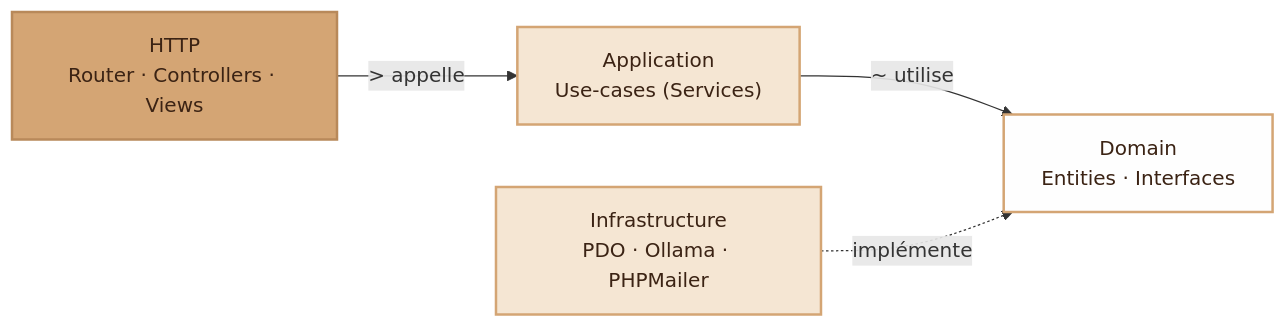
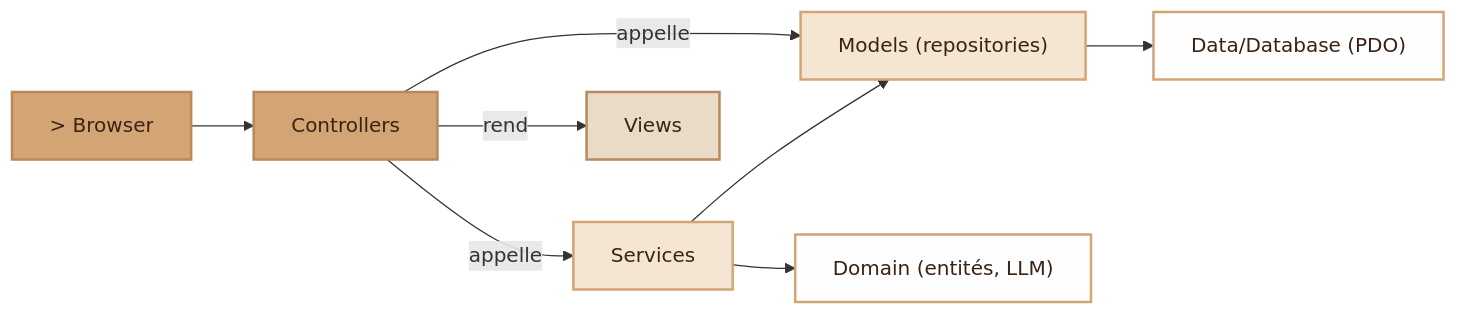
Before and after one commit to LoanALLARD/I-AMU_Web_APP: the first of 3 diagrams in docs/design/app_architecture.md, drawn with Mermaid. The commit also changed other lines of this file and 2 other files, not shown here.

First line of the commit message:
Update project documentation to clarify architecture and coding conventions

````diff
--- a/docs/design/app_architecture.md
+++ b/docs/design/app_architecture.md
@@ -38,15 +50,16 @@
 ```mermaid
 graph LR
-    HTTP["HTTP<br/>Router · Controllers · Views"]:::chamois
-    APP["Application<br/>Use-cases (Services)"]:::beige
-    DOM["Domain<br/>Entities · Interfaces"]:::blanc
-    INFRA["Infrastructure<br/>PDO · Ollama · PHPMailer"]:::beige
-
-    HTTP -->|"> appelle"| APP
-    APP -->|"~ utilise"| DOM
-    INFRA -.->|"implémente"| DOM
+    V["> Browser"]:::chamois --> C["Controllers"]:::chamois
+    C -->|"appelle"| S["Services"]:::beige
+    C -->|"appelle"| M["Models (repositories)"]:::beige
+    S --> M
+    S --> D["Domain (entités, LLM)"]:::blanc
+    M --> DB["Data/Database (PDO)"]:::blanc
+    C -->|"rend"| W["Views"]:::success
 
     classDef chamois fill:#d4a574,color:#3b2314,stroke:#b8895a,stroke-width:2px
     classDef blanc fill:#fefefe,color:#3b2314,stroke:#d4a574,stroke-width:2px
     classDef beige fill:#f5e6d3,color:#3b2314,stroke:#d4a574,stroke-width:2px
+    classDef success fill:#e8dcc8,color:#3b2314,stroke:#b8895a,stroke-width:2px
+    classDef error fill:#c9a07a,color:#3b2314,stroke:#a07850,stroke-width:2px
 ```
````
